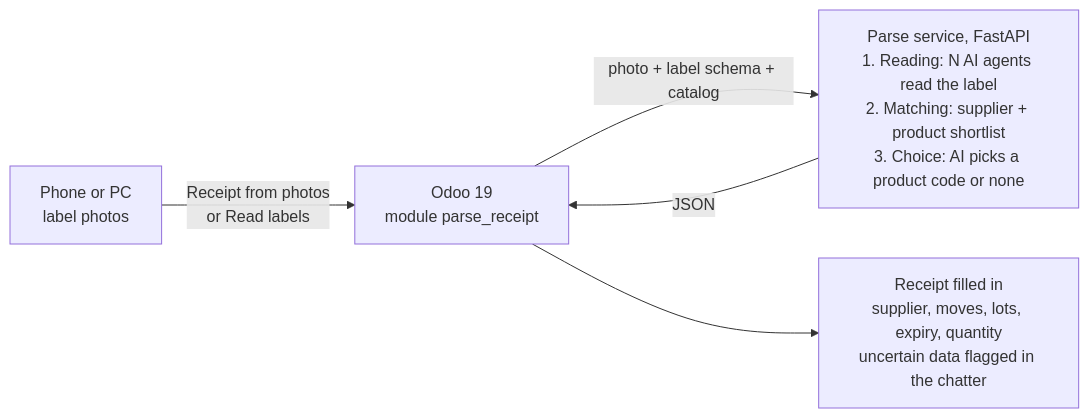
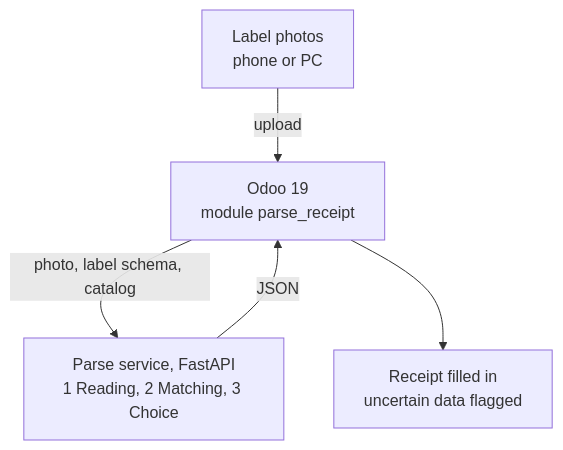
One commit to ettore-pedemonti/odoo-parse-receipt changed the diagram in README.md. Above: the diagram before and after it, drawn with Mermaid.

Commit message:
README: vertical diagram that fits the page

````diff
--- a/README.md
+++ b/README.md
@@ -14,7 +14,7 @@
 ```mermaid
-flowchart LR
-    A["Phone or PC<br/>label photos"] -->|Receipt from photos<br/>or Read labels| B["Odoo 19<br/>module parse_receipt"]
-    B -->|photo + label schema + catalog| C["Parse service, FastAPI<br/>1. Reading: N AI agents read the label<br/>2. Matching: supplier + product shortlist<br/>3. Choice: AI picks a product code or none"]
+flowchart TB
+    A["Label photos<br/>phone or PC"] -->|upload| B["Odoo 19<br/>module parse_receipt"]
+    B -->|photo, label schema, catalog| C["Parse service, FastAPI<br/>1 Reading, 2 Matching, 3 Choice"]
     C -->|JSON| B
-    B --> D["Receipt filled in<br/>supplier, moves, lots, expiry, quantity<br/>uncertain data flagged in the chatter"]
+    B --> D["Receipt filled in<br/>uncertain data flagged"]
 ```
````
